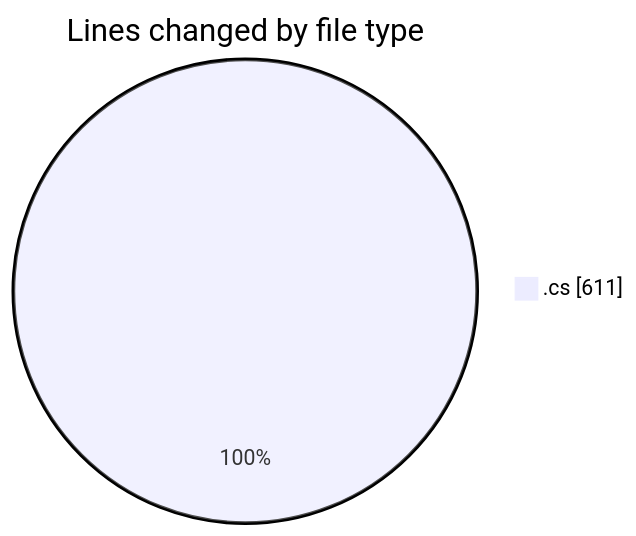
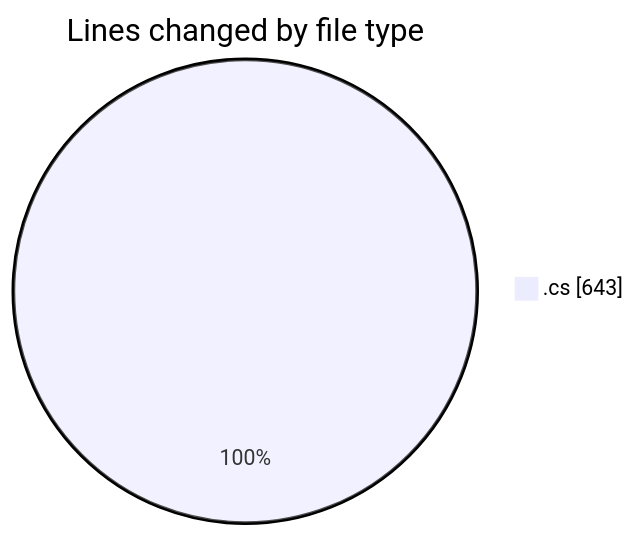
One commit to Netris89/code-tracking changed the first of 2 diagrams in 2025-03-13/back-end/README.md. Above: the diagram before and after it, drawn with Mermaid. The commit also changed other lines of this file and 1 other file, not shown here.

````diff
--- a/2025-03-13/back-end/README.md
+++ b/2025-03-13/back-end/README.md
@@ -25,5 +26,5 @@
 ```mermaid
 pie showData
 title Lines changed by file type
-".cs" : 611
+".cs" : 643
 ```
````
